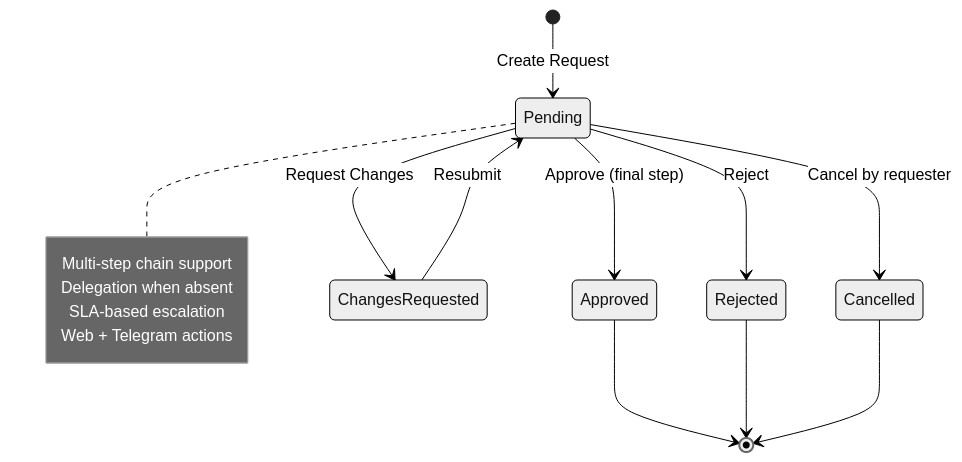
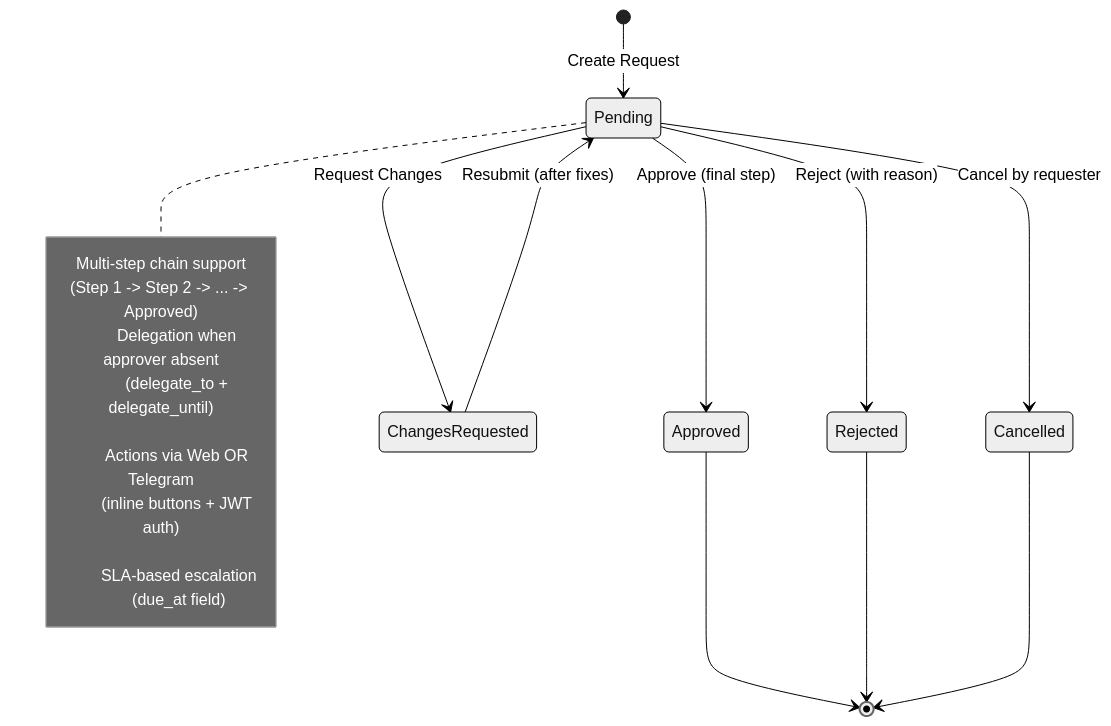
One commit to anhthien8/jamaerp changed the third of 7 diagrams in docs/00-System-Architecture.md. Above: the diagram before and after it, drawn with Mermaid (neutral theme). The commit also changed other lines of this file and 28 other files, not shown here.

````diff
--- a/docs/00-System-Architecture.md
+++ b/docs/00-System-Architecture.md
@@ -174,22 +233,29 @@
 ```mermaid
 stateDiagram-v2
     [*] --> Pending: Create Request
 
     Pending --> Approved: Approve (final step)
-    Pending --> Rejected: Reject
+    Pending --> Rejected: Reject (with reason)
     Pending --> ChangesRequested: Request Changes
     Pending --> Cancelled: Cancel by requester
 
-    ChangesRequested --> Pending: Resubmit
+    ChangesRequested --> Pending: Resubmit (after fixes)
 
     Approved --> [*]
     Rejected --> [*]
     Cancelled --> [*]
 
     note right of Pending
         Multi-step chain support
-        Delegation when absent
+        (Step 1 -> Step 2 -> ... -> Approved)
+
+        Delegation when approver absent
+        (delegate_to + delegate_until)
+
+        Actions via Web OR Telegram
+        (inline buttons + JWT auth)
+
         SLA-based escalation
-        Web + Telegram actions
+        (due_at field)
     end note
 ```
````
